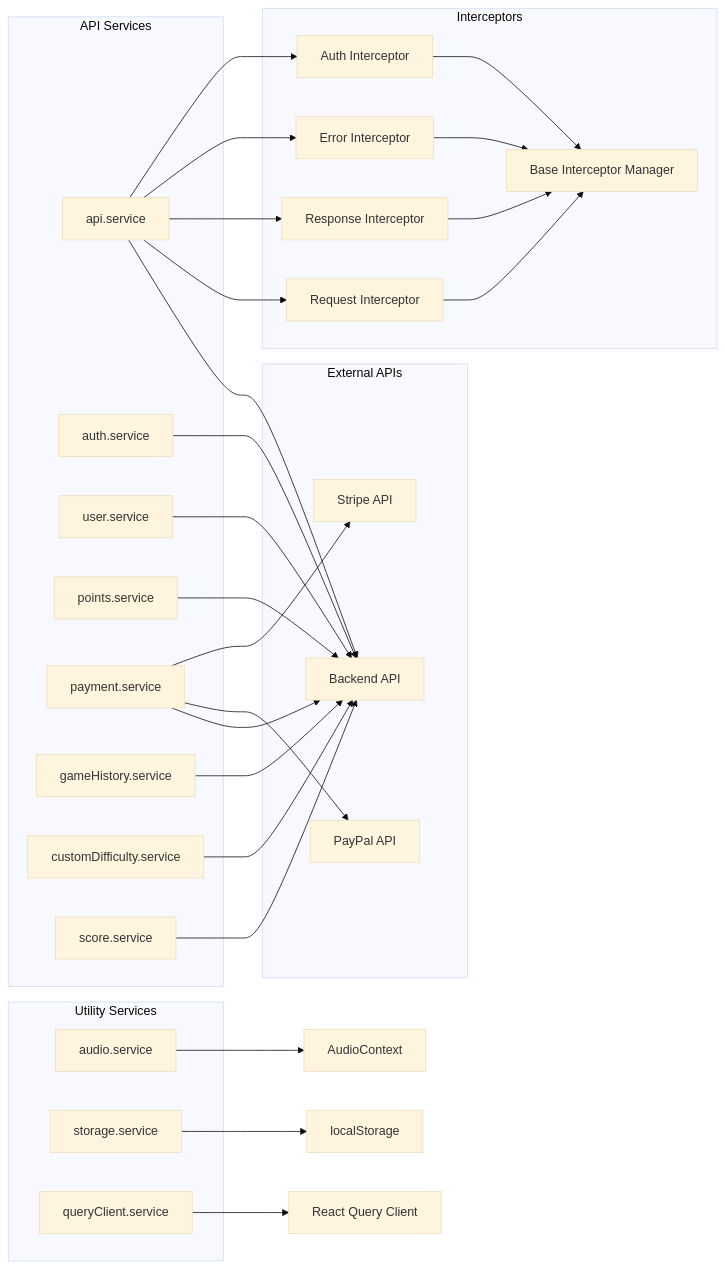
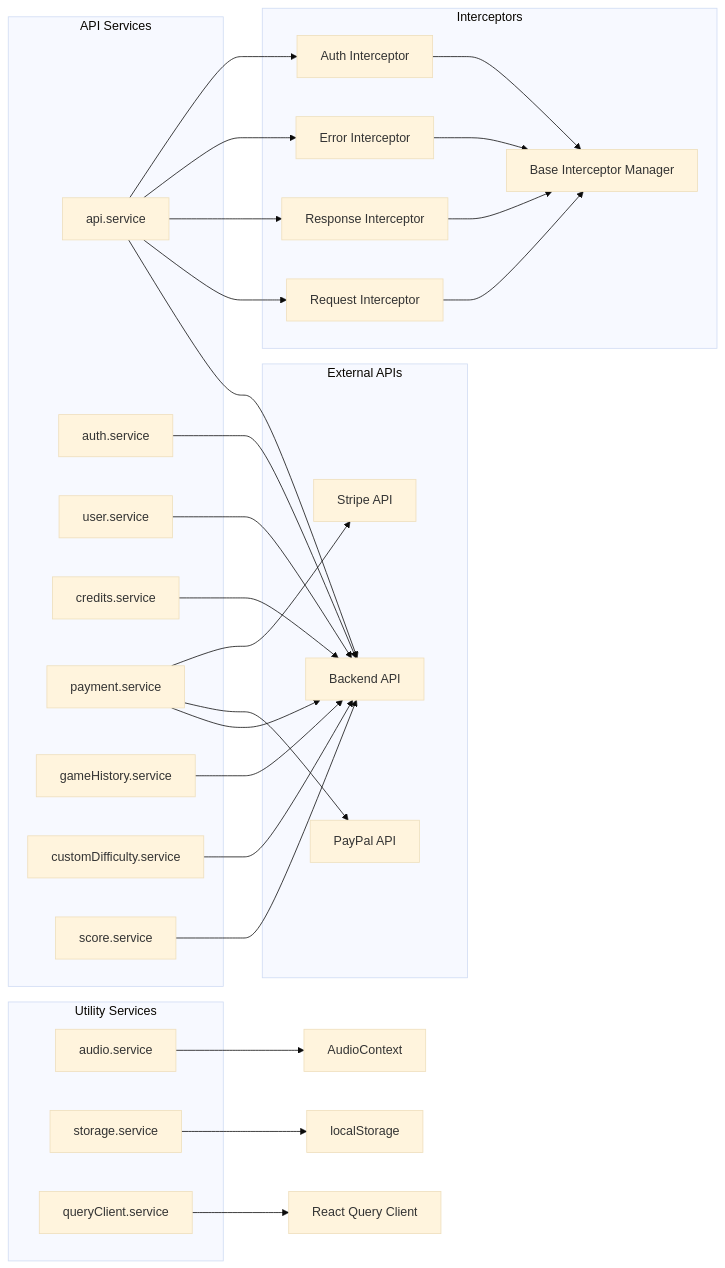
Before and after one commit to IsraelRub/EveryTriv: diagram 20 of 28 in docs/DIAGRAMS.md, drawn with Mermaid (base theme). The commit also changed other lines of this file and 600 other files, not shown here.

Commit message:
feat: add multiplayer game mode, migrate from points to credits system, reorganize components, and rename AI providers

````diff
--- a/docs/DIAGRAMS.md
+++ b/docs/DIAGRAMS.md
@@ -1333,55 +1367,55 @@
 ```mermaid
 graph LR
     subgraph "API Services"
         A[api.service]
         B[auth.service]
         C[user.service]
-        D[points.service]
+        D[credits.service]
         E[payment.service]
         F[gameHistory.service]
         G[customDifficulty.service]
         H[score.service]
     end
 
     subgraph "Utility Services"
         I[audio.service]
         J[storage.service]
         K[queryClient.service]
     end
 
     subgraph "Interceptors"
         L[Request Interceptor]
         M[Response Interceptor]
         N[Error Interceptor]
         O[Auth Interceptor]
         P[Base Interceptor Manager]
     end
 
     subgraph "External APIs"
         Q[Backend API]
         R[PayPal API]
         S[Stripe API]
     end
 
     A --> Q
     B --> Q
     C --> Q
     D --> Q
     E --> Q
     F --> Q
     G --> Q
     H --> Q
     E --> R
     E --> S
     A --> L
     A --> M
     A --> N
     A --> O
     L --> P
     M --> P
     N --> P
     O --> P
     I --> T[AudioContext]
     J --> U[localStorage]
     K --> V[React Query Client]
 ```
````
